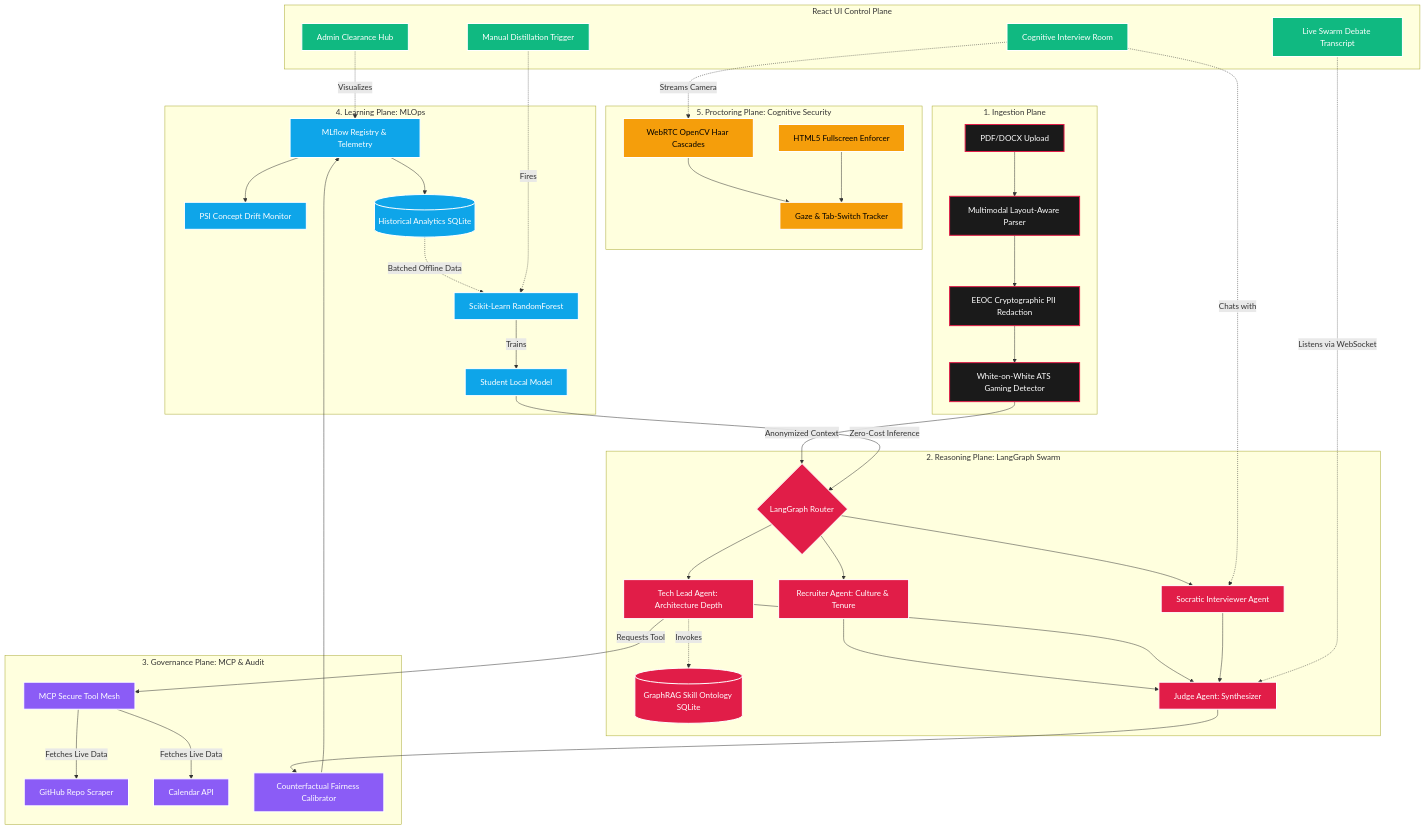
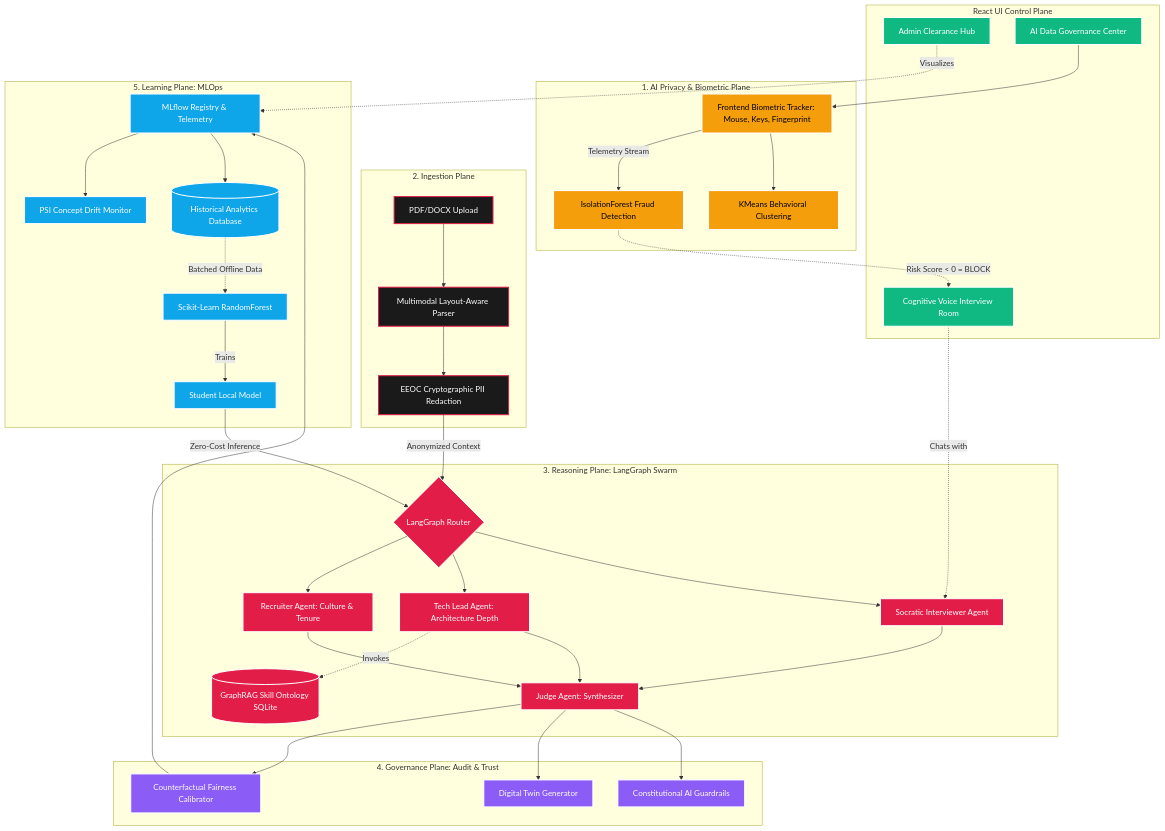
One commit to naman-fr/PSI_resume_analyser changed the diagram in README.md. Above: the diagram before and after it, drawn with Mermaid. The commit also changed other lines of this file, not shown here.

Commit message:
docs: complete enterprise architectural rewrite of README

````diff
--- a/README.md
+++ b/README.md
@@ -35,74 +39,69 @@
 ```mermaid
 flowchart TD
     %% Styling
     classDef ingestion fill:#1a1a1a,stroke:#e11d48,stroke-width:2px,color:#fff
     classDef reasoning fill:#e11d48,stroke:#fff,stroke-width:2px,color:#fff
     classDef governance fill:#8b5cf6,stroke:#fff,stroke-width:2px,color:#fff
     classDef learning fill:#0ea5e9,stroke:#fff,stroke-width:2px,color:#fff
+    classDef identity fill:#f59e0b,stroke:#fff,stroke-width:2px,color:#000
     classDef ui fill:#10b981,stroke:#fff,stroke-width:2px,color:#fff
-    classDef proctoring fill:#f59e0b,stroke:#fff,stroke-width:2px,color:#000
 
     %% 0. UI Control Plane
     subgraph UI_Control_Plane [React UI Control Plane]
         U1[Admin Clearance Hub]:::ui
-        U2[Live Swarm Debate Transcript]:::ui
-        U3[Manual Distillation Trigger]:::ui
-        U4[Cognitive Interview Room]:::ui
+        U2[Cognitive Voice Interview Room]:::ui
+        U3[AI Data Governance Center]:::ui
     end
 
-    %% 1. Ingestion Plane
-    subgraph Ingestion_Plane [1. Ingestion Plane]
+    %% 1. AI Identity & Security Plane (New!)
+    subgraph Identity_Plane [1. AI Privacy & Biometric Plane]
+        B1[Frontend Biometric Tracker: Mouse, Keys, Fingerprint]:::identity
+        B2[IsolationForest Fraud Detection]:::identity
+        B3[KMeans Behavioral Clustering]:::identity
+        B1 -->|Telemetry Stream| B2
+        B1 --> B3
+        U3 --> B1
+    end
+
+    %% 2. Ingestion Plane
+    subgraph Ingestion_Plane [2. Ingestion Plane]
         A[PDF/DOCX Upload]:::ingestion --> B[Multimodal Layout-Aware Parser]:::ingestion
         B --> C[EEOC Cryptographic PII Redaction]:::ingestion
-        C --> D[White-on-White ATS Gaming Detector]:::ingestion
     end
 
-    %% 5. Proctoring Plane
-    subgraph Proctoring_Plane [5. Proctoring Plane: Cognitive Security]
-        P1[WebRTC OpenCV Haar Cascades]:::proctoring
-        P2[HTML5 Fullscreen Enforcer]:::proctoring
-        P3[Gaze & Tab-Switch Tracker]:::proctoring
-        P1 --> P3
-        P2 --> P3
-    end
-
-    %% 2. Reasoning Plane
-    subgraph Reasoning_Plane [2. Reasoning Plane: LangGraph Swarm]
-        D -->|Anonymized Context| E{LangGraph Router}:::reasoning
+    %% 3. Reasoning Plane
+    subgraph Reasoning_Plane [3. Reasoning Plane: LangGraph Swarm]
+        C -->|Anonymized Context| E{LangGraph Router}:::reasoning
         E --> F[Recruiter Agent: Culture & Tenure]:::reasoning
         E --> G[Tech Lead Agent: Architecture Depth]:::reasoning
         E --> S[Socratic Interviewer Agent]:::reasoning
         
         G -.->|Invokes| H[(GraphRAG Skill Ontology SQLite)]:::reasoning
         F --> I[Judge Agent: Synthesizer]:::reasoning
         G --> I
         S --> I
     end
 
-    %% 3. Governance Plane
-    subgraph Governance_Plane [3. Governance Plane: MCP & Audit]
-        G -->|Requests Tool| J[MCP Secure Tool Mesh]:::governance
-        J -->|Fetches Live Data| K[GitHub Repo Scraper]:::governance
-        J -->|Fetches Live Data| L[Calendar API]:::governance
-        
-        I --> M[Counterfactual Fairness Calibrator]:::governance
+    %% 4. Governance Plane
+    subgraph Governance_Plane [4. Governance Plane: Audit & Trust]
+        I --> M1[Counterfactual Fairness Calibrator]:::governance
+        I --> M2[Digital Twin Generator]:::governance
+        I --> M3[Constitutional AI Guardrails]:::governance
     end
 
-    %% 4. Learning Plane
-    subgraph Learning_Plane [4. Learning Plane: MLOps]
-        M --> N[MLflow Registry & Telemetry]:::learning
+    %% 5. Learning Plane
+    subgraph Learning_Plane [5. Learning Plane: MLOps]
+        M1 --> N[MLflow Registry & Telemetry]:::learning
         N --> O[PSI Concept Drift Monitor]:::learning
-        N --> P[(Historical Analytics SQLite)]:::learning
+        N --> P[(Historical Analytics Database)]:::learning
         
         P -.->|Batched Offline Data| Q[Scikit-Learn RandomForest]:::learning
         Q -->|Trains| R[Student Local Model]:::learning
         R -->|Zero-Cost Inference| E
     end
 
     %% Wiring across planes
     U1 -.->|Visualizes| N
-    U2 -.->|Listens via WebSocket| I
-    U3 -.->|Fires| Q
-    U4 -.->|Streams Camera| P1
-    U4 -.->|Chats with| S
+    U2 -.->|Chats with| S
+    B2 -.->|Risk Score < 0 = BLOCK| U2
 ```
````
